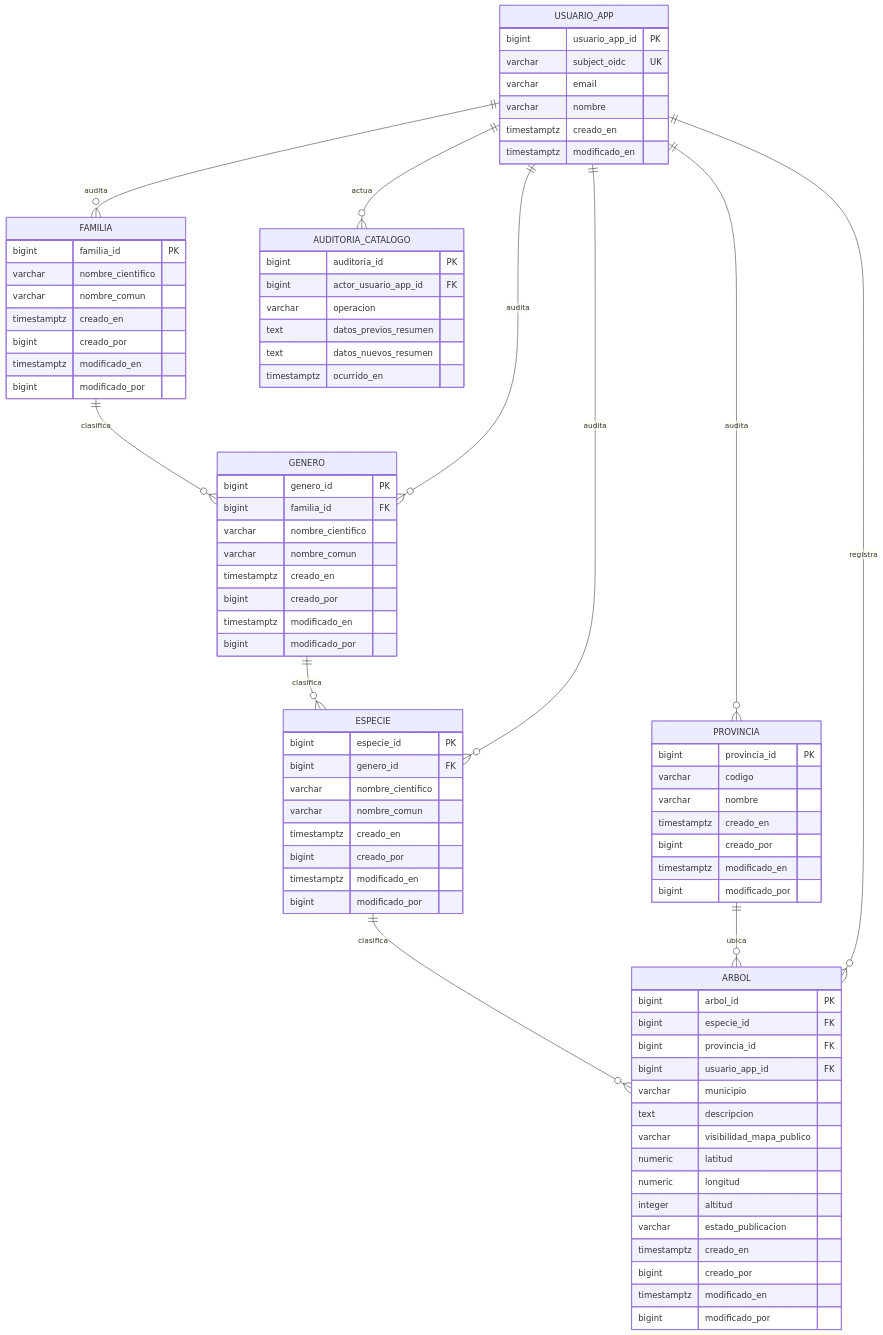
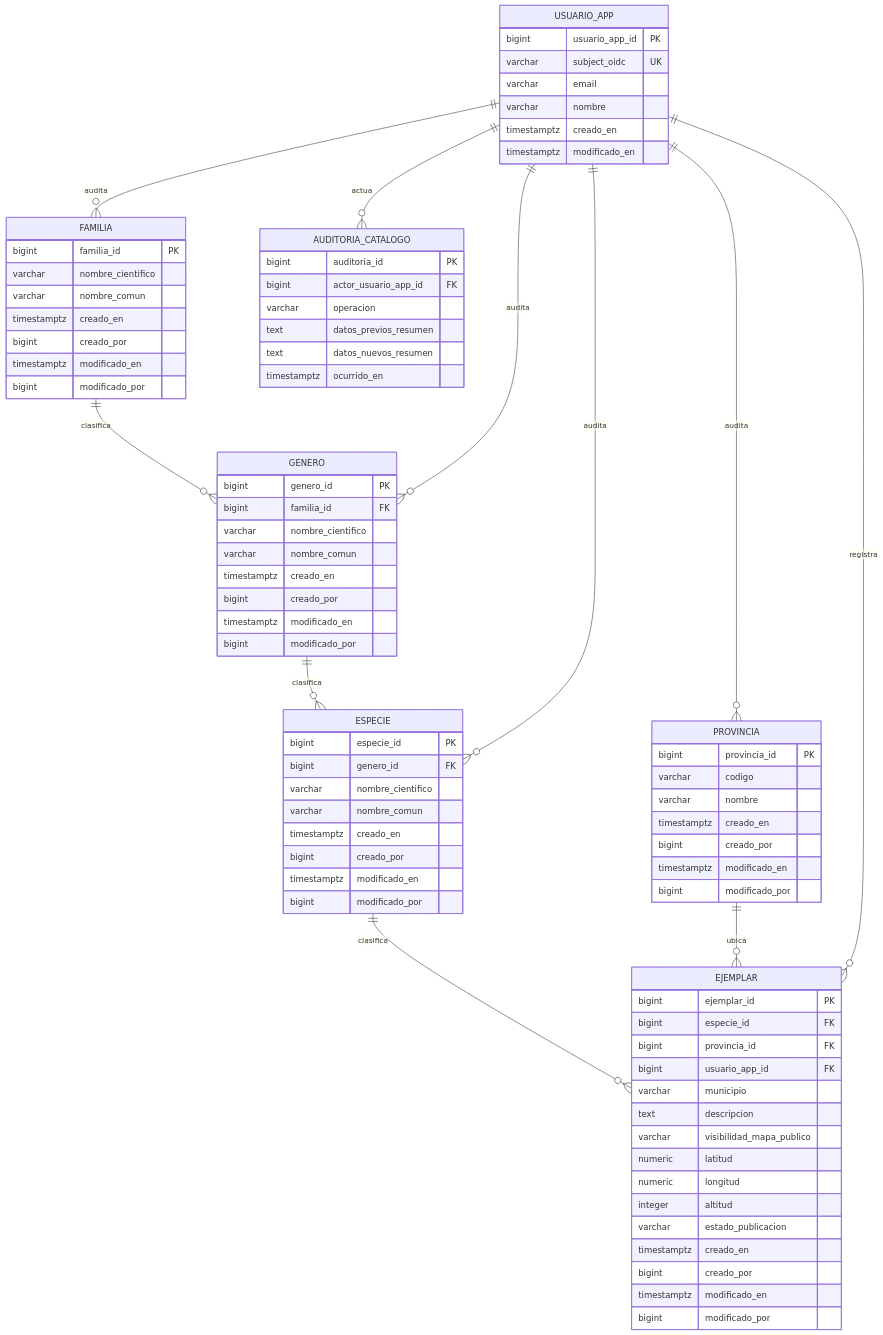
Diagram 15 of 19 in readme.md (LIDR-academy/AI4Devs-finalproject), drawn with Mermaid before and after one commit. The commit also changed other lines of this file and 345 other files, not shown here.

```diff
--- a/readme.md
+++ b/readme.md
@@ -1083,8 +1084,8 @@
         timestamptz modificado_en
         bigint modificado_por
     }
-    ARBOL {
-        bigint arbol_id PK
+    EJEMPLAR {
+        bigint ejemplar_id PK
         bigint especie_id FK
         bigint provincia_id FK
         bigint usuario_app_id FK
@@ -1110,9 +1111,9 @@
     }
     FAMILIA ||--o{ GENERO : clasifica
     GENERO ||--o{ ESPECIE : clasifica
-    ESPECIE ||--o{ ARBOL : clasifica
-    PROVINCIA ||--o{ ARBOL : ubica
-    USUARIO_APP ||--o{ ARBOL : registra
+    ESPECIE ||--o{ EJEMPLAR : clasifica
+    PROVINCIA ||--o{ EJEMPLAR : ubica
+    USUARIO_APP ||--o{ EJEMPLAR : registra
     USUARIO_APP ||--o{ FAMILIA : audita
     USUARIO_APP ||--o{ GENERO : audita
     USUARIO_APP ||--o{ ESPECIE : audita
```
